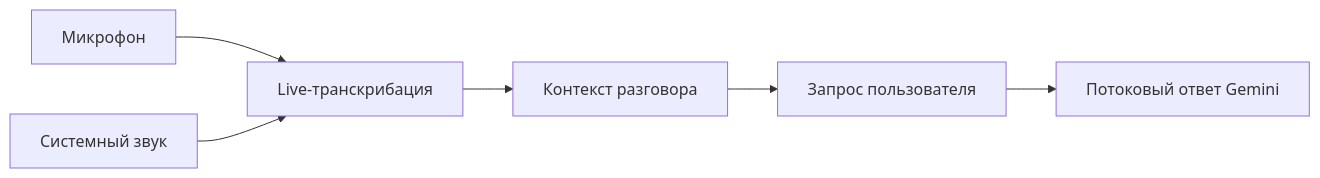
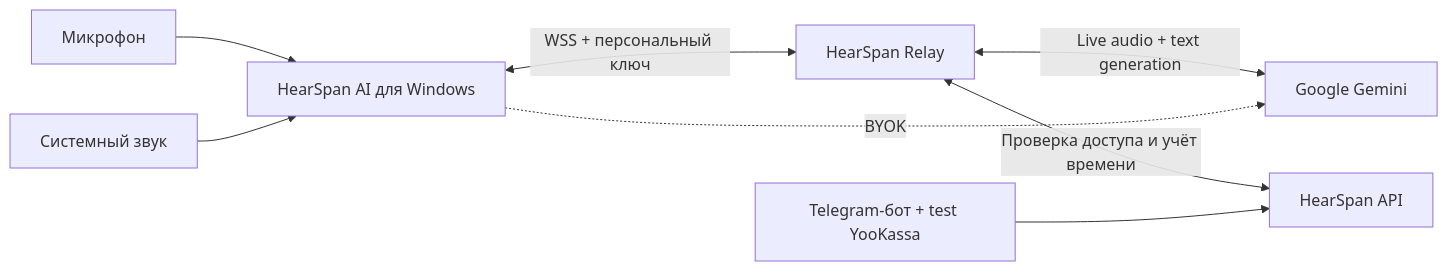
The diagram in README.md (NNFall/HearSpanAI), drawn with Mermaid before and after one commit. The commit also changed other lines of this file and 17 other files, not shown here.

Commit message:
docs: publish HearSpan AI 0.4.0 materials

````diff
--- a/README.md
+++ b/README.md
@@ -39,8 +74,10 @@
 ```mermaid
 flowchart LR
-    A["Микрофон"] --> C["Live-транскрибация"]
-    B["Системный звук"] --> C
-    C --> D["Контекст разговора"]
-    D --> E["Запрос пользователя"]
-    E --> F["Потоковый ответ Gemini"]
+    Mic["Микрофон"] --> App["HearSpan AI для Windows"]
+    Sound["Системный звук"] --> App
+    App <-->|"WSS + персональный ключ"| Relay["HearSpan Relay"]
+    Relay <-->|"Live audio + text generation"| Gemini["Google Gemini"]
+    Relay <-->|"Проверка доступа и учёт времени"| API["HearSpan API"]
+    Bot["Telegram-бот + test YooKassa"] --> API
+    App -.->|"BYOK"| Gemini
 ```
````
